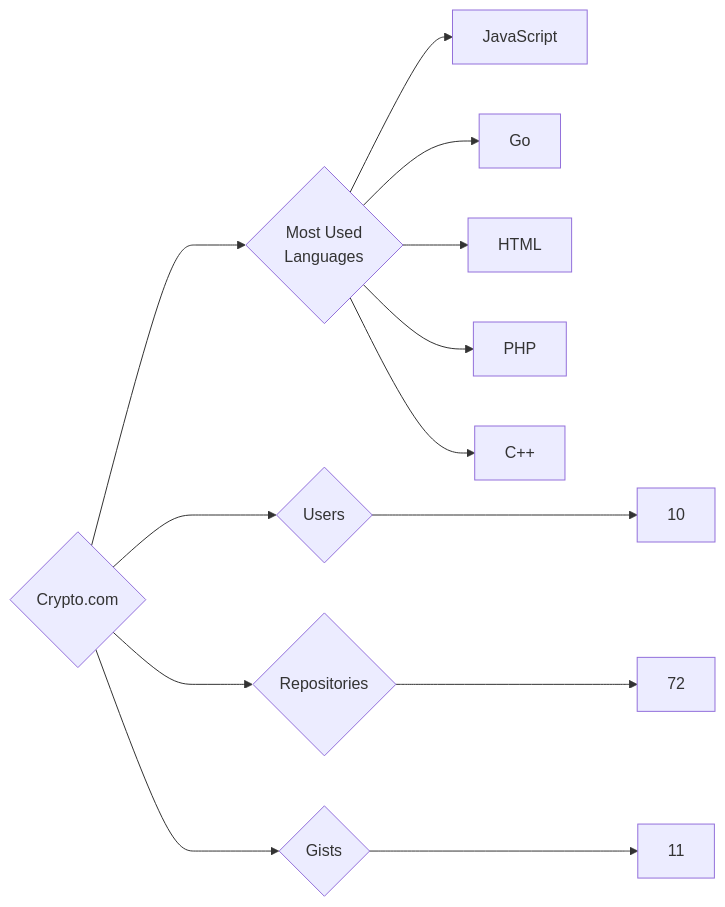
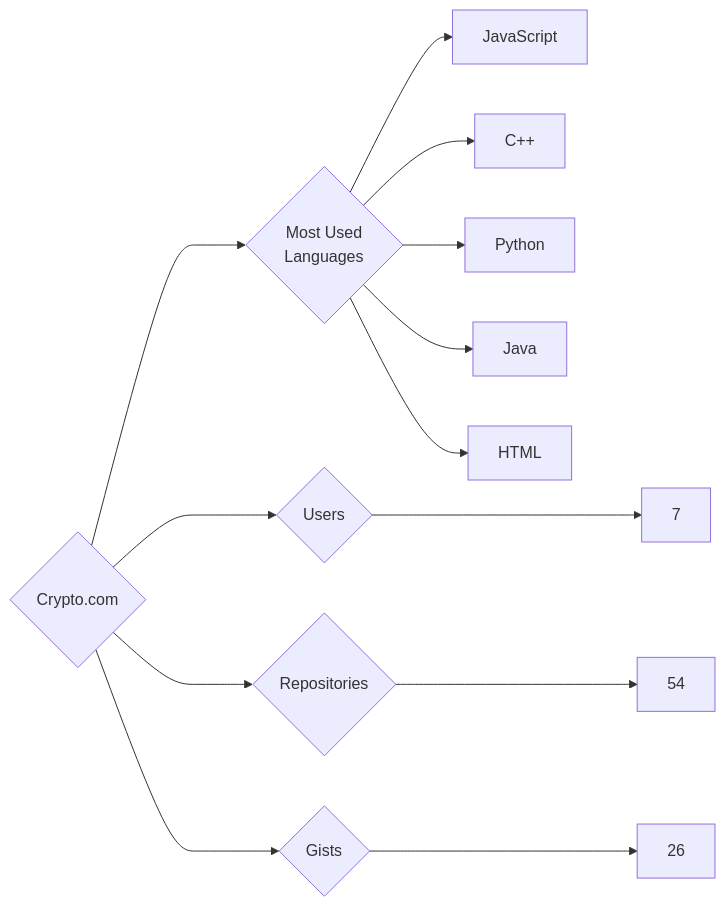
Before and after one commit to trickest/insiders: the diagram in targets/Crypto.com/README.md, drawn with Mermaid. The commit also changed 640 other files, not shown here.

````diff
--- a/targets/Crypto.com/README.md
+++ b/targets/Crypto.com/README.md
@@ -3,13 +3,13 @@
 ```mermaid
 graph LR
 COMPANY_NAME{Crypto.com}
-COMPANY_NAME ---> U{Users} ---> UN[10]
-COMPANY_NAME ---> R{Repositories} ---> RN[72]
-COMPANY_NAME ---> G{Gists} ---> GN[11]
+COMPANY_NAME ---> U{Users} ---> UN[7]
+COMPANY_NAME ---> R{Repositories} ---> RN[54]
+COMPANY_NAME ---> G{Gists} ---> GN[26]
 COMPANY_NAME ---> ML{Most Used<br>Languages}
 ML --> JavaScript[JavaScript]
-ML --> Go[Go]
+ML --> C++[C++]
+ML --> Python[Python]
+ML --> Java[Java]
 ML --> HTML[HTML]
-ML --> PHP[PHP]
-ML --> C++[C++]
 ```
````
